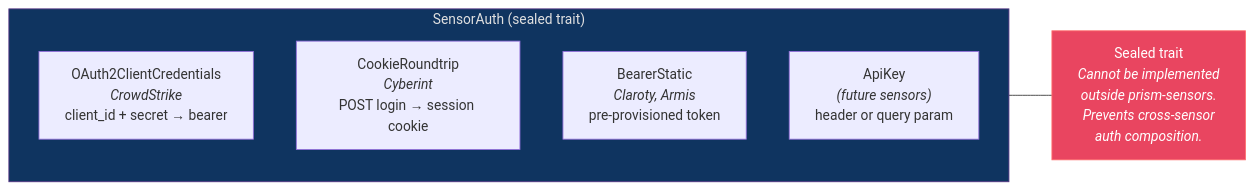
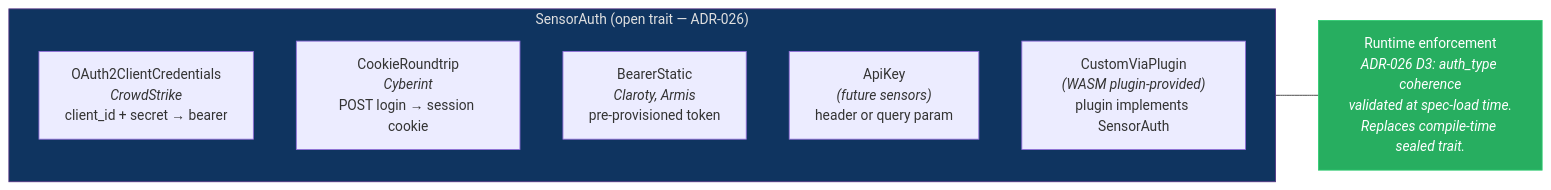
One commit to drbothen/prism changed the third of 6 diagrams in specs/architecture/sensor-adapters.md. Above: the diagram before and after it, drawn with Mermaid. The commit also changed other lines of this file and 23 other files, not shown here.

````diff
--- a/specs/architecture/sensor-adapters.md
+++ b/specs/architecture/sensor-adapters.md
@@ -82,17 +87,18 @@
 ```mermaid
 graph LR
-    subgraph AUTH["SensorAuth (sealed trait)"]
+    subgraph AUTH["SensorAuth (open trait — ADR-026)"]
         direction TB
         O2["OAuth2ClientCredentials<br/><i>CrowdStrike</i><br/>client_id + secret → bearer"]
         CK["CookieRoundtrip<br/><i>Cyberint</i><br/>POST login → session cookie"]
         BS["BearerStatic<br/><i>Claroty, Armis</i><br/>pre-provisioned token"]
         AK["ApiKey<br/><i>(future sensors)</i><br/>header or query param"]
+        PL["CustomViaPlugin<br/><i>(WASM plugin-provided)</i><br/>plugin implements SensorAuth"]
     end
 
-    SEALED["Sealed trait<br/><i>Cannot be implemented<br/>outside prism-sensors.<br/>Prevents cross-sensor<br/>auth composition.</i>"]
+    RUNTIME["Runtime enforcement<br/><i>ADR-026 D3: auth_type coherence<br/>validated at spec-load time.<br/>Replaces compile-time sealed trait.</i>"]
 
-    AUTH --- SEALED
+    AUTH --- RUNTIME
 
     style AUTH fill:#0f3460,stroke:#533483,color:#e0e0e0
-    style SEALED fill:#e94560,stroke:#ff6b6b,color:#fff
+    style RUNTIME fill:#27ae60,stroke:#2ecc71,color:#fff
 ```
````
